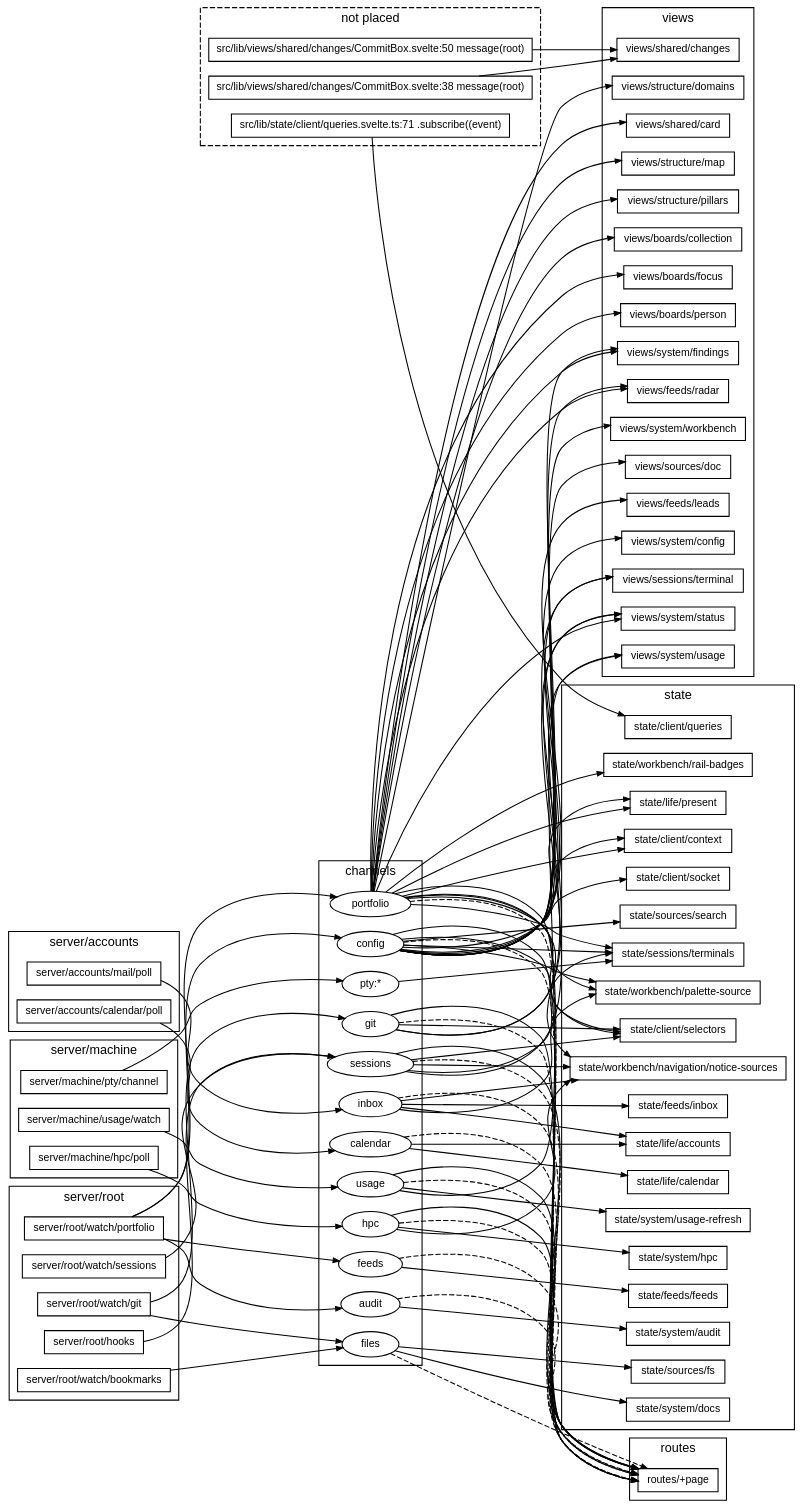
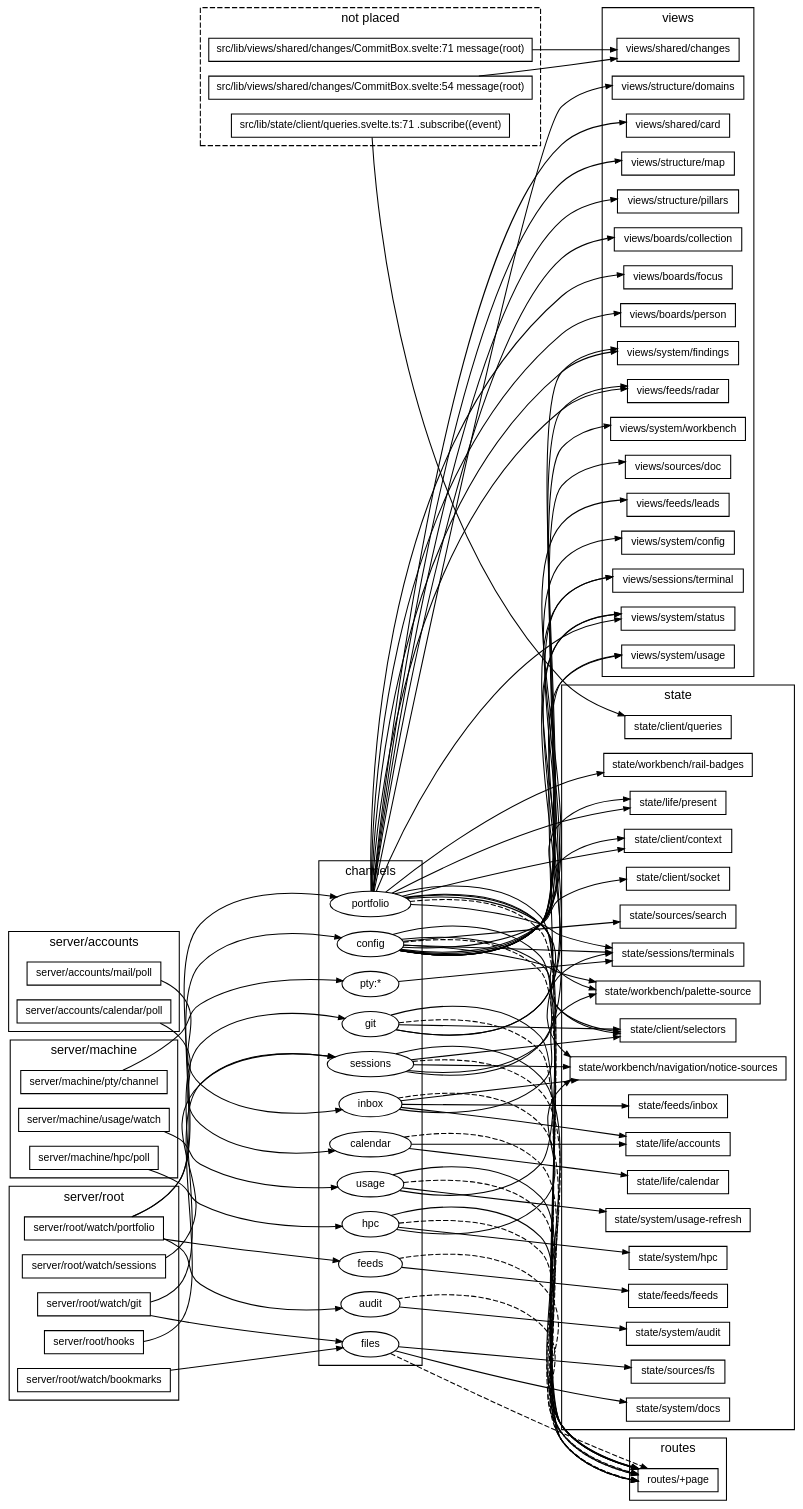
The diagram in docs/diagrams/channels.dot (TheAxeC/oculus), drawn with Graphviz before and after one commit. The commit also changed 115 other files, not shown here.

```diff
--- a/docs/diagrams/channels.dot
+++ b/docs/diagrams/channels.dot
@@ -1,179 +1,179 @@
 digraph channels {
     graph [bgcolor="transparent", rankdir=LR, fontname="Helvetica,Arial,sans-serif", fontsize=12, nodesep=0.2, ranksep=0.5];
     node [shape=box, color="black", fontcolor="black", fontname="Helvetica,Arial,sans-serif", fontsize=10, height=0.3, margin="0.12,0.04"];
     edge [color="black", fontcolor="black", fontname="Helvetica,Arial,sans-serif", fontsize=8, arrowsize=0.6];
     subgraph "cluster_publish server/accounts" {
         label="server/accounts"; style=solid;
         "server/accounts/calendar/poll";
         "server/accounts/mail/poll";
     }
     subgraph "cluster_publish server/machine" {
         label="server/machine"; style=solid;
         "server/machine/hpc/poll";
         "server/machine/pty/channel";
         "server/machine/usage/watch";
     }
     subgraph "cluster_publish server/root" {
         label="server/root"; style=solid;
         "server/root/hooks";
         "server/root/watch/bookmarks";
         "server/root/watch/git";
         "server/root/watch/portfolio";
         "server/root/watch/sessions";
     }
     subgraph "cluster_channels" {
         label="channels"; style=solid;
         "ch audit" [label="audit", shape=ellipse];
         "ch calendar" [label="calendar", shape=ellipse];
         "ch config" [label="config", shape=ellipse];
         "ch feeds" [label="feeds", shape=ellipse];
         "ch files" [label="files", shape=ellipse];
         "ch git" [label="git", shape=ellipse];
         "ch hpc" [label="hpc", shape=ellipse];
         "ch inbox" [label="inbox", shape=ellipse];
         "ch portfolio" [label="portfolio", shape=ellipse];
         "ch pty:*" [label="pty:*", shape=ellipse];
         "ch sessions" [label="sessions", shape=ellipse];
         "ch usage" [label="usage", shape=ellipse];
     }
     subgraph "cluster_lost" {
         label="not placed"; style=dashed;
         "? src/lib/state/client/queries.svelte.ts:71" [label="src/lib/state/client/queries.svelte.ts:71 .subscribe((event)"];
-        "? src/lib/views/shared/changes/CommitBox.svelte:38" [label="src/lib/views/shared/changes/CommitBox.svelte:38 message(root)"];
-        "? src/lib/views/shared/changes/CommitBox.svelte:50" [label="src/lib/views/shared/changes/CommitBox.svelte:50 message(root)"];
+        "? src/lib/views/shared/changes/CommitBox.svelte:54" [label="src/lib/views/shared/changes/CommitBox.svelte:54 message(root)"];
+        "? src/lib/views/shared/changes/CommitBox.svelte:71" [label="src/lib/views/shared/changes/CommitBox.svelte:71 message(root)"];
     }
     subgraph "cluster_read state" {
         label="state"; style=solid;
         "state/client/context";
         "state/client/queries";
         "state/client/selectors";
         "state/client/socket";
         "state/feeds/feeds";
         "state/feeds/inbox";
         "state/life/accounts";
         "state/life/calendar";
         "state/life/present";
         "state/sessions/terminals";
         "state/sources/fs";
         "state/sources/search";
         "state/system/audit";
         "state/system/docs";
         "state/system/hpc";
         "state/system/usage-refresh";
         "state/workbench/navigation/notice-sources";
         "state/workbench/palette-source";
         "state/workbench/rail-badges";
     }
     subgraph "cluster_read views" {
         label="views"; style=solid;
         "views/boards/collection";
         "views/boards/focus";
         "views/boards/person";
         "views/feeds/leads";
         "views/feeds/radar";
         "views/sessions/terminal";
         "views/shared/card";
         "views/shared/changes";
         "views/sources/doc";
         "views/structure/domains";
         "views/structure/map";
         "views/structure/pillars";
         "views/system/config";
         "views/system/findings";
         "views/system/status";
         "views/system/usage";
         "views/system/workbench";
     }
     subgraph "cluster_read routes" {
         label="routes"; style=solid;
         "routes/+page";
     }
     "? src/lib/state/client/queries.svelte.ts:71" -> "state/client/queries";
-    "? src/lib/views/shared/changes/CommitBox.svelte:38" -> "views/shared/changes";
-    "? src/lib/views/shared/changes/CommitBox.svelte:50" -> "views/shared/changes";
+    "? src/lib/views/shared/changes/CommitBox.svelte:54" -> "views/shared/changes";
+    "? src/lib/views/shared/changes/CommitBox.svelte:71" -> "views/shared/changes";
     "ch audit" -> "routes/+page" [style=dashed];
     "ch audit" -> "state/system/audit";
     "ch calendar" -> "routes/+page" [style=dashed];
     "ch calendar" -> "state/life/accounts";
     "ch calendar" -> "state/life/calendar";
     "ch config" -> "routes/+page" [style=dashed];
     "ch config" -> "routes/+page";
     "ch config" -> "state/client/context";
     "ch config" -> "state/client/selectors";
     "ch config" -> "state/client/socket";
     "ch config" -> "state/life/present";
     "ch config" -> "state/sessions/terminals";
     "ch config" -> "state/sources/search";
     "ch config" -> "state/workbench/palette-source";
     "ch config" -> "views/feeds/leads";
     "ch config" -> "views/feeds/radar";
     "ch config" -> "views/sessions/terminal";
     "ch config" -> "views/sources/doc";
     "ch config" -> "views/system/config";
     "ch config" -> "views/system/findings";
     "ch config" -> "views/system/usage";
     "ch config" -> "views/system/workbench";
     "ch feeds" -> "routes/+page" [style=dashed];
     "ch feeds" -> "state/feeds/feeds";
     "ch files" -> "routes/+page" [style=dashed];
     "ch files" -> "state/sources/fs";
     "ch files" -> "state/system/docs";
     "ch git" -> "routes/+page" [style=dashed];
     "ch git" -> "routes/+page";
     "ch git" -> "state/client/selectors";
     "ch git" -> "views/sessions/terminal";
     "ch git" -> "views/system/status";
     "ch hpc" -> "routes/+page" [style=dashed];
     "ch hpc" -> "routes/+page";
     "ch hpc" -> "state/system/hpc";
     "ch hpc" -> "state/workbench/navigation/notice-sources";
     "ch inbox" -> "routes/+page" [style=dashed];
     "ch inbox" -> "state/feeds/inbox";
     "ch inbox" -> "state/life/accounts";
     "ch inbox" -> "state/workbench/navigation/notice-sources";
     "ch inbox" -> "state/workbench/palette-source";
     "ch portfolio" -> "routes/+page" [style=dashed];
     "ch portfolio" -> "routes/+page";
     "ch portfolio" -> "state/client/context";
     "ch portfolio" -> "state/client/selectors";
     "ch portfolio" -> "state/life/present";
     "ch portfolio" -> "state/sessions/terminals";
     "ch portfolio" -> "state/workbench/navigation/notice-sources";
     "ch portfolio" -> "state/workbench/palette-source";
     "ch portfolio" -> "state/workbench/rail-badges";
     "ch portfolio" -> "views/boards/collection";
     "ch portfolio" -> "views/boards/focus";
     "ch portfolio" -> "views/boards/person";
     "ch portfolio" -> "views/feeds/radar";
     "ch portfolio" -> "views/shared/card";
     "ch portfolio" -> "views/structure/domains";
     "ch portfolio" -> "views/structure/map";
     "ch portfolio" -> "views/structure/pillars";
     "ch portfolio" -> "views/system/findings";
     "ch portfolio" -> "views/system/status";
     "ch pty:*" -> "state/sessions/terminals";
     "ch sessions" -> "routes/+page" [style=dashed];
     "ch sessions" -> "routes/+page";
     "ch sessions" -> "state/client/selectors";
     "ch sessions" -> "state/sessions/terminals";
     "ch sessions" -> "state/workbench/navigation/notice-sources";
     "ch sessions" -> "views/system/status";
     "ch usage" -> "routes/+page" [style=dashed];
     "ch usage" -> "routes/+page";
     "ch usage" -> "state/system/usage-refresh";
     "ch usage" -> "views/system/usage";
     "server/accounts/calendar/poll" -> "ch calendar";
     "server/accounts/mail/poll" -> "ch inbox";
     "server/machine/hpc/poll" -> "ch hpc";
     "server/machine/pty/channel" -> "ch pty:*";
     "server/machine/usage/watch" -> "ch usage";
     "server/root/hooks" -> "ch sessions";
     "server/root/watch/bookmarks" -> "ch files";
     "server/root/watch/git" -> "ch files";
     "server/root/watch/git" -> "ch git";
     "server/root/watch/portfolio" -> "ch audit";
     "server/root/watch/portfolio" -> "ch config";
     "server/root/watch/portfolio" -> "ch feeds";
     "server/root/watch/portfolio" -> "ch portfolio";
     "server/root/watch/sessions" -> "ch sessions";
 }
```
